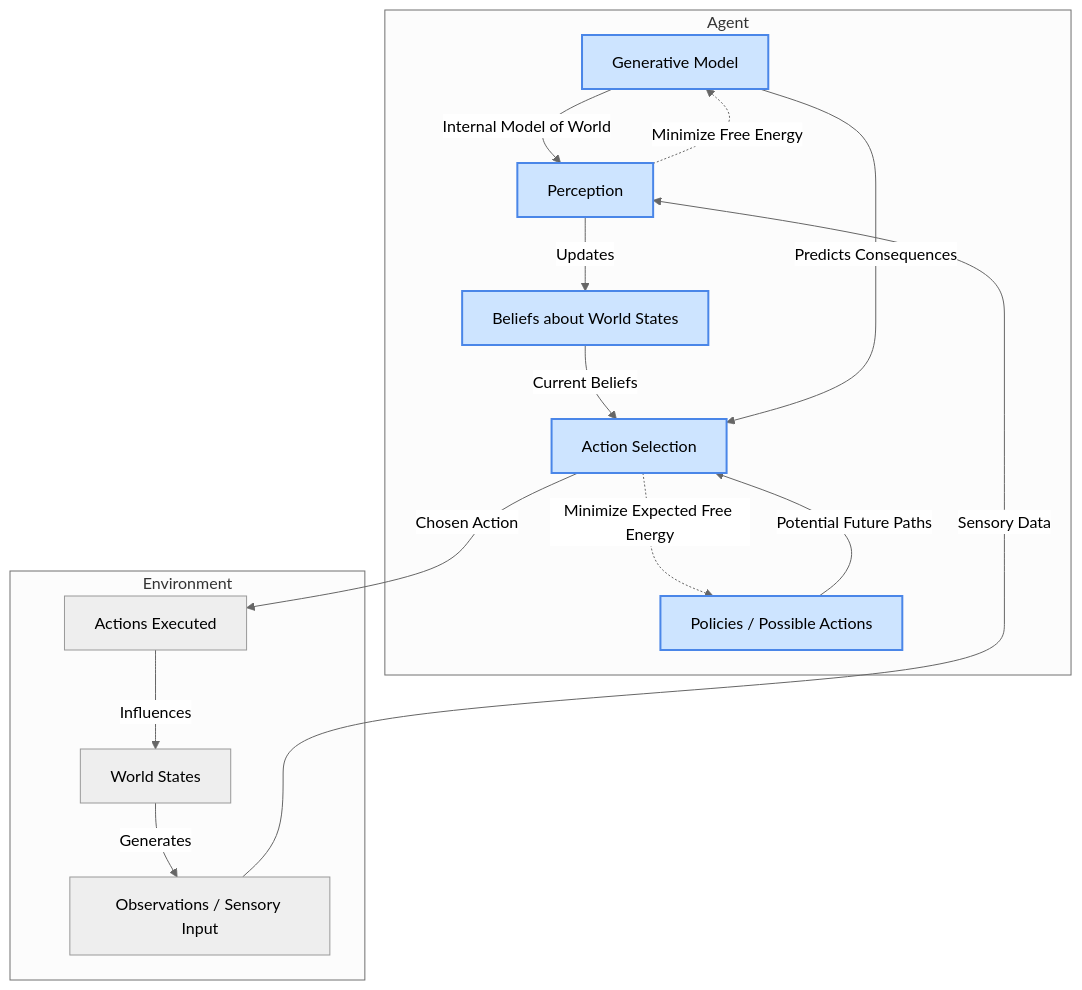
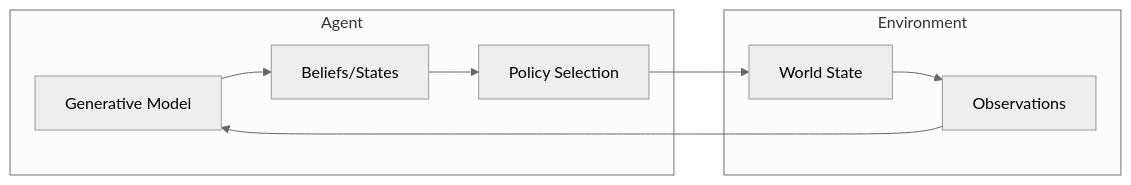
One commit to ActiveInferenceInstitute/GEO-INFER changed the diagram in GEO-INFER-ACT/README.md. Above: the diagram before and after it, drawn with Mermaid (neutral theme). The commit also changed other lines of this file and 2384 other files, not shown here.

````diff
--- a/GEO-INFER-ACT/README.md
+++ b/GEO-INFER-ACT/README.md
@@ -62,33 +39,19 @@
 ```mermaid
-graph TD
+graph LR
     subgraph Agent
         GM[Generative Model]
-        PER[Perception]
-        ACT[Action Selection]
-        BEL[Beliefs about World States]
-        POL[Policies / Possible Actions]
+        BELIEF[Beliefs/States]
+        POLICY[Policy Selection]
     end
-
+    
     subgraph Environment
-        WS[World States]
-        OBS[Observations / Sensory Input]
-        ACT_OUT[Actions Executed]
+        OBS[Observations]
+        STATE[World State]
     end
-
-    OBS -- "Sensory Data" --> PER
-    PER -- "Updates" --> BEL
-    BEL -- "Current Beliefs" --> ACT
-    GM -- "Internal Model of World" --> PER
-    GM -- "Predicts Consequences" --> ACT
-    POL -- "Potential Future Paths" --> ACT
-    ACT -- "Chosen Action" --> ACT_OUT
-    ACT_OUT -- "Influences" --> WS
-    WS -- "Generates" --> OBS
-
-    %% Free Energy Loops
-    PER -.->|Minimize Free Energy| GM
-    ACT -.->|Minimize Expected Free Energy| POL
-
-    classDef activeInferenceComponent fill:#cde4ff,stroke:#4a86e8,stroke-width:2px;
-    class GM,PER,ACT,BEL,POL activeInferenceComponent;
+    
+    OBS --> GM
+    GM --> BELIEF
+    BELIEF --> POLICY
+    POLICY --> STATE
+    STATE --> OBS
 ```
````
